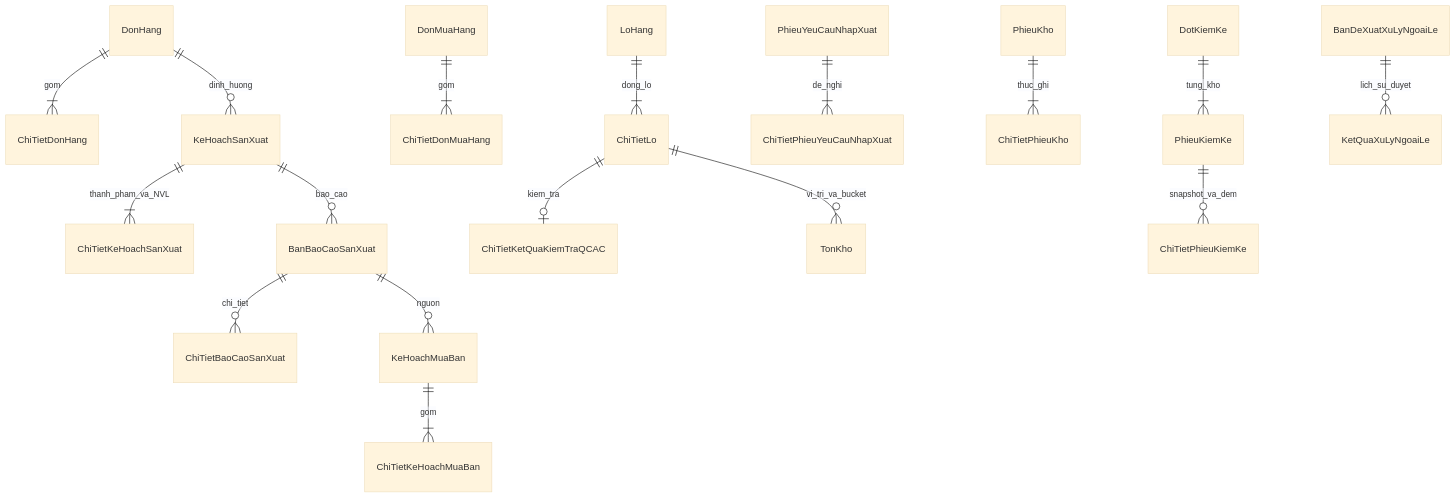
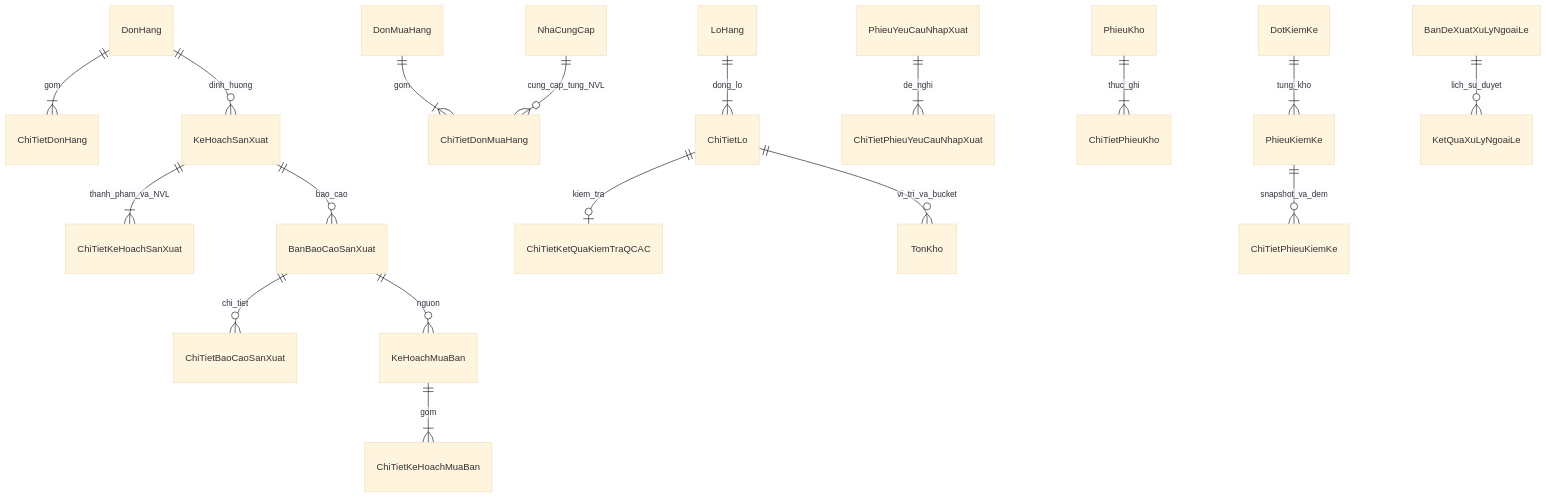
The diagram in app/docs/DOMAIN_MODEL.md (vthaix/WarehouseSystem), drawn with Mermaid (base theme) before and after one commit. The commit also changed other lines of this file and 157 other files, not shown here.

````diff
--- a/app/docs/DOMAIN_MODEL.md
+++ b/app/docs/DOMAIN_MODEL.md
@@ -13,19 +15,20 @@
 ```mermaid
 erDiagram
   DonHang ||--|{ ChiTietDonHang : gom
   DonHang ||--o{ KeHoachSanXuat : dinh_huong
   KeHoachSanXuat ||--|{ ChiTietKeHoachSanXuat : thanh_pham_va_NVL
   KeHoachSanXuat ||--o{ BanBaoCaoSanXuat : bao_cao
   BanBaoCaoSanXuat ||--o{ ChiTietBaoCaoSanXuat : chi_tiet
   BanBaoCaoSanXuat ||--o{ KeHoachMuaBan : nguon
   KeHoachMuaBan ||--|{ ChiTietKeHoachMuaBan : gom
   DonMuaHang ||--|{ ChiTietDonMuaHang : gom
+  NhaCungCap ||--o{ ChiTietDonMuaHang : cung_cap_tung_NVL
   LoHang ||--|{ ChiTietLo : dong_lo
   ChiTietLo ||--o| ChiTietKetQuaKiemTraQCAC : kiem_tra
   PhieuYeuCauNhapXuat ||--|{ ChiTietPhieuYeuCauNhapXuat : de_nghi
   PhieuKho ||--|{ ChiTietPhieuKho : thuc_ghi
   ChiTietLo ||--o{ TonKho : vi_tri_va_bucket
   DotKiemKe ||--|{ PhieuKiemKe : tung_kho
   PhieuKiemKe ||--o{ ChiTietPhieuKiemKe : snapshot_va_dem
   BanDeXuatXuLyNgoaiLe ||--o{ KetQuaXuLyNgoaiLe : lich_su_duyet
 ```
````
